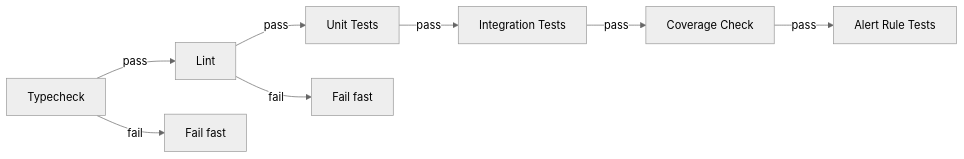
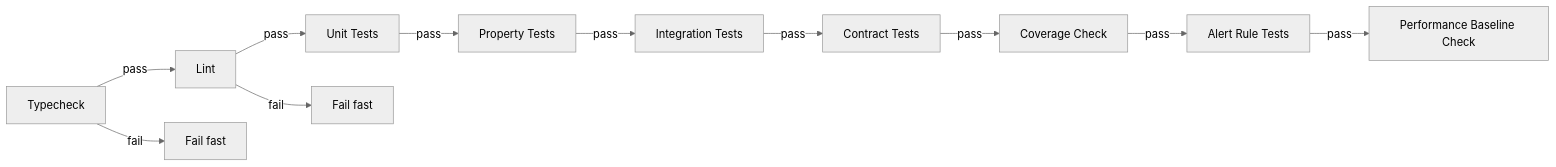
One commit to r-irbe/octupus-crawler changed the second of 2 diagrams in docs/specs/testing-quality/design.md. Above: the diagram before and after it, drawn with Mermaid (neutral theme). The commit also changed other lines of this file and 169 other files, not shown here.

````diff
--- a/docs/specs/testing-quality/design.md
+++ b/docs/specs/testing-quality/design.md
@@ -116,11 +132,14 @@
 ```mermaid
 graph LR
     TC[Typecheck] -->|pass| LINT[Lint]
     LINT -->|pass| UT[Unit Tests]
-    UT -->|pass| IT[Integration Tests]
-    IT -->|pass| COV[Coverage Check]
+    UT -->|pass| PROP[Property Tests]
+    PROP -->|pass| IT[Integration Tests]
+    IT -->|pass| CT[Contract Tests]
+    CT -->|pass| COV[Coverage Check]
     COV -->|pass| ALERT[Alert Rule Tests]
+    ALERT -->|pass| PERF[Performance Baseline Check]
 
     TC -->|fail| STOP1[Fail fast]
     LINT -->|fail| STOP2[Fail fast]
 ```
````
